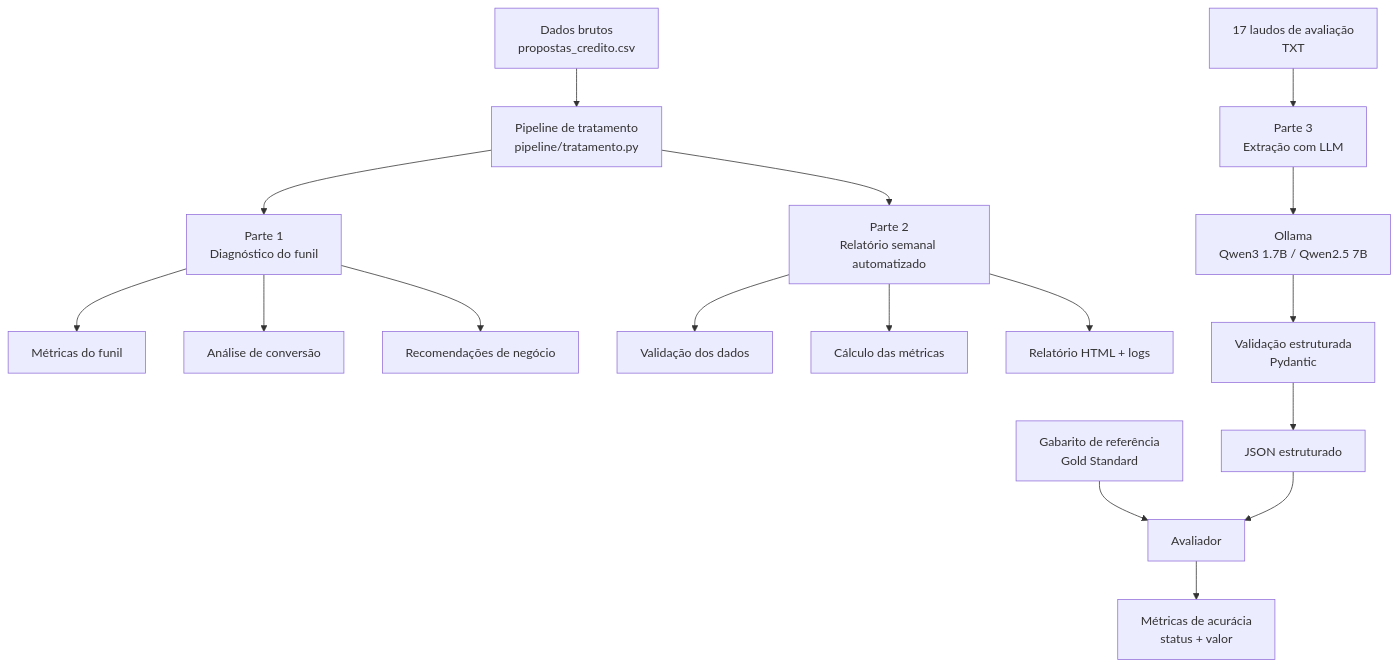
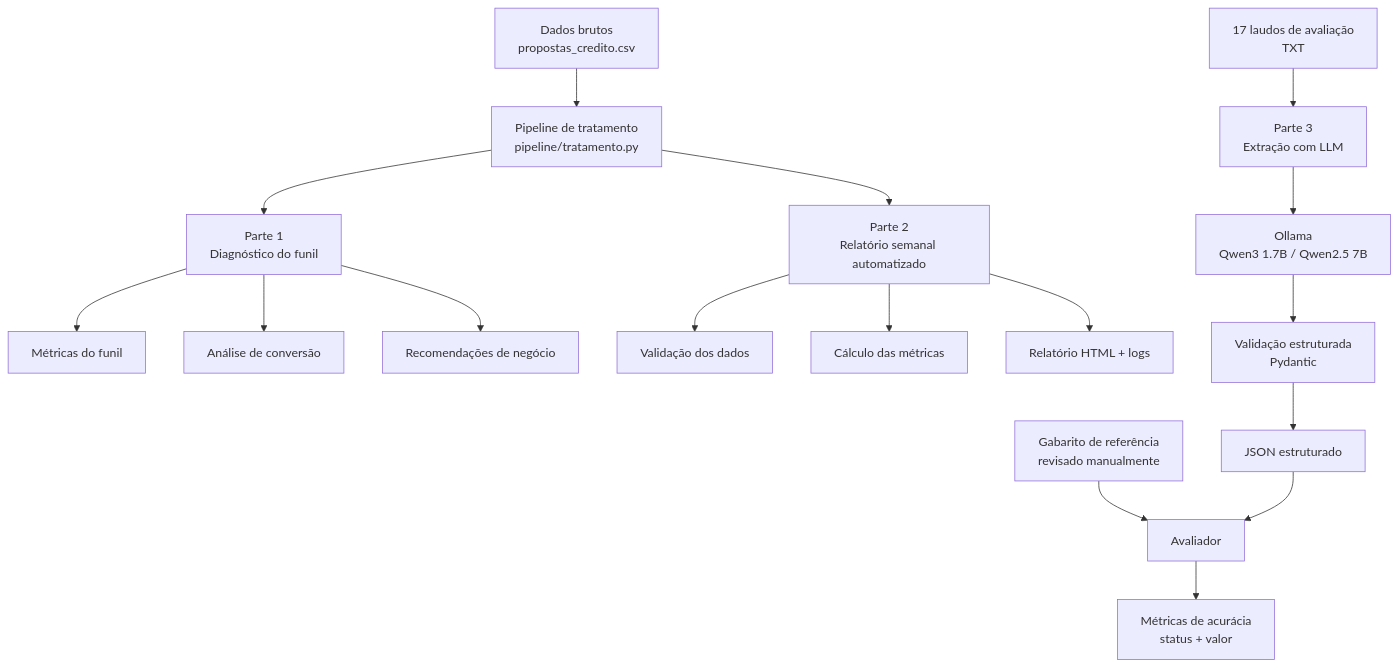
One commit to vicvictorius/bari-case changed the diagram in README.md. Above: the diagram before and after it, drawn with Mermaid. The commit also changed other lines of this file and 1 other file, not shown here.

````diff
--- a/README.md
+++ b/README.md
@@ -58,29 +58,29 @@
 ```mermaid
 flowchart TD
     A["Dados brutos<br/>propostas_credito.csv"] --> B["Pipeline de tratamento<br/>pipeline/tratamento.py"]
 
     B --> C["Parte 1<br/>Diagnóstico do funil"]
     B --> D["Parte 2<br/>Relatório semanal automatizado"]
 
     C --> C1["Métricas do funil"]
     C --> C2["Análise de conversão"]
     C --> C3["Recomendações de negócio"]
 
     D --> D1["Validação dos dados"]
     D --> D2["Cálculo das métricas"]
     D --> D3["Relatório HTML + logs"]
 
     E["17 laudos de avaliação<br/>TXT"] --> F["Parte 3<br/>Extração com LLM"]
 
     F --> G["Ollama<br/>Qwen3 1.7B / Qwen2.5 7B"]
 
     G --> H["Validação estruturada<br/>Pydantic"]
 
     H --> I["JSON estruturado"]
 
-    J["Gabarito de referência<br/>Gold Standard"] --> K["Avaliador"]
+    J["Gabarito de referência<br/>revisado manualmente"] --> K["Avaliador"]
 
     I --> K
 
     K --> L["Métricas de acurácia<br/>status + valor"]
 ```
````
